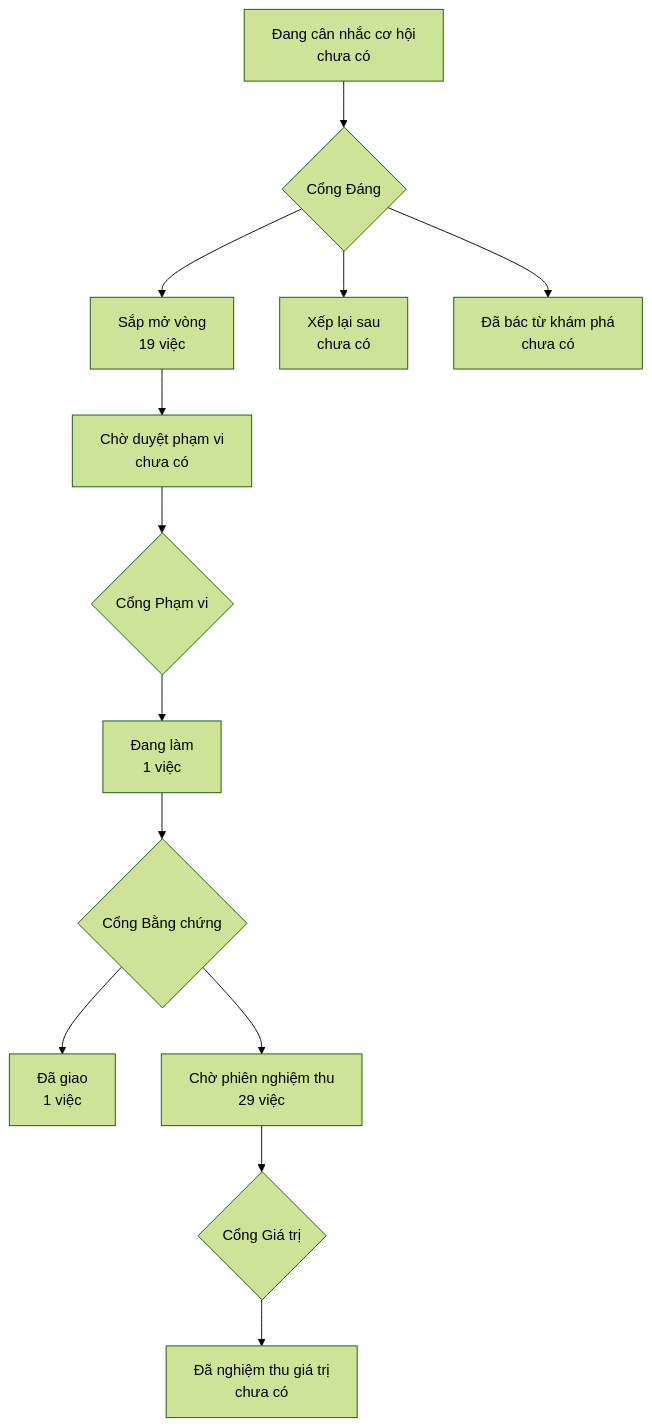
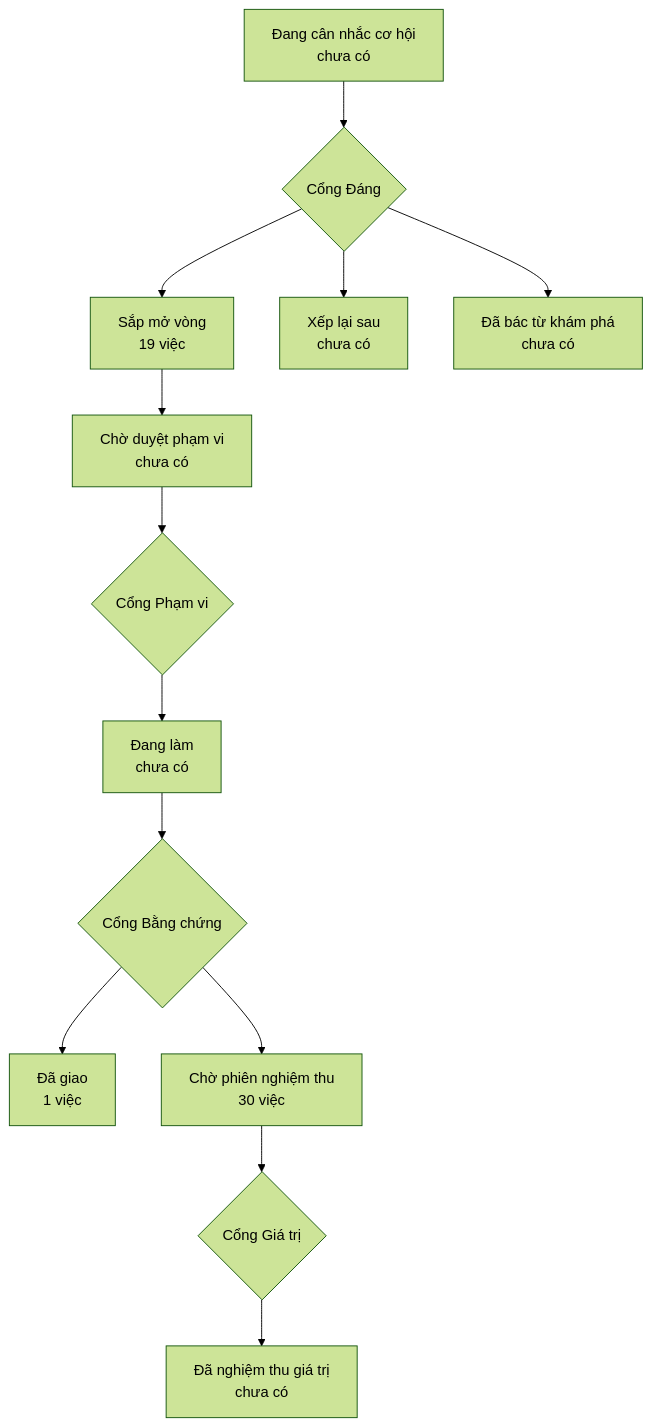
Before and after one commit to phanlemanh/onehub-inventory: the diagram in PRODUCT-MAP.md, drawn with Mermaid (forest theme). The commit also changed other lines of this file and 4 other files, not shown here.

````diff
--- a/PRODUCT-MAP.md
+++ b/PRODUCT-MAP.md
@@ -7,12 +7,12 @@
 ```mermaid
 flowchart TD
   A["Đang cân nhắc cơ hội<br/>chưa có"] --> GD{"Cổng Đáng"}
   GD --> B["Sắp mở vòng<br/>19 việc"]
   GD --> XL["Xếp lại sau<br/>chưa có"]
   GD --> DB["Đã bác từ khám phá<br/>chưa có"]
   B --> CD["Chờ duyệt phạm vi<br/>chưa có"] --> GP{"Cổng Phạm vi"}
-  GP --> DL["Đang làm<br/>1 việc"] --> GB{"Cổng Bằng chứng"}
+  GP --> DL["Đang làm<br/>chưa có"] --> GB{"Cổng Bằng chứng"}
   GB --> DG["Đã giao<br/>1 việc"]
-  GB --> CN["Chờ phiên nghiệm thu<br/>29 việc"] --> GG{"Cổng Giá trị"}
+  GB --> CN["Chờ phiên nghiệm thu<br/>30 việc"] --> GG{"Cổng Giá trị"}
   GG --> NT["Đã nghiệm thu giá trị<br/>chưa có"]
 ```
````
